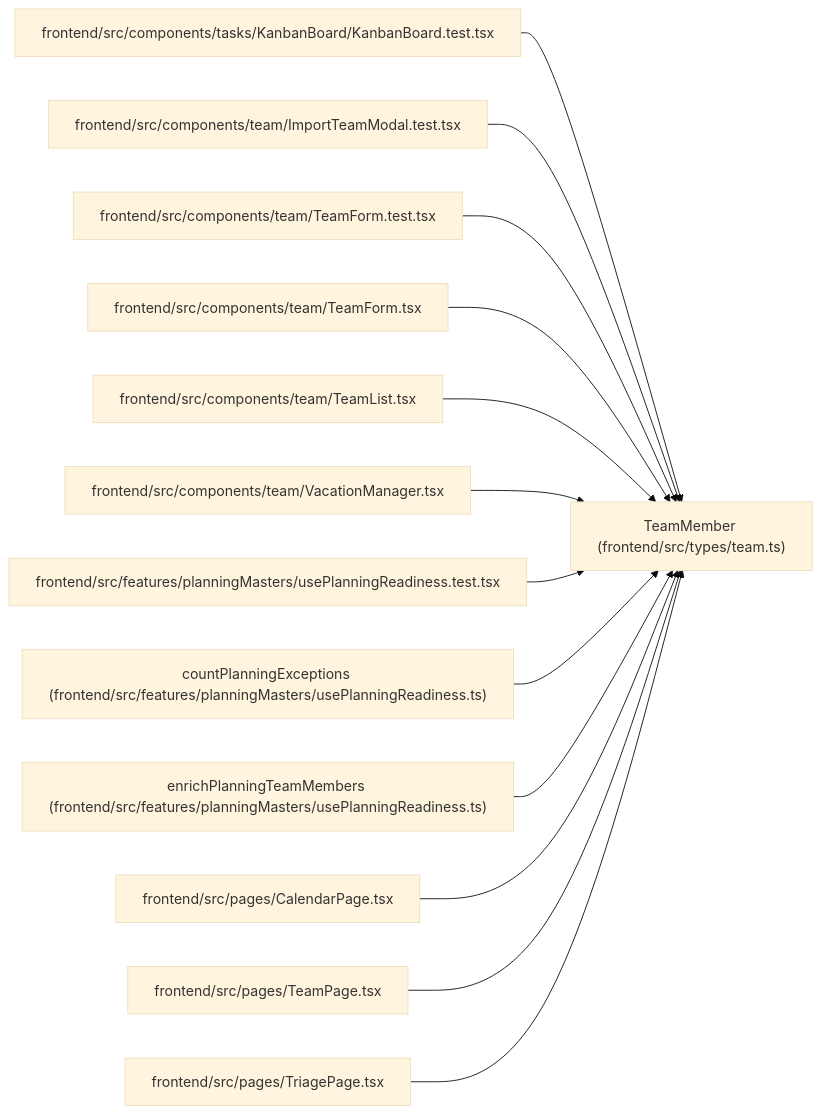
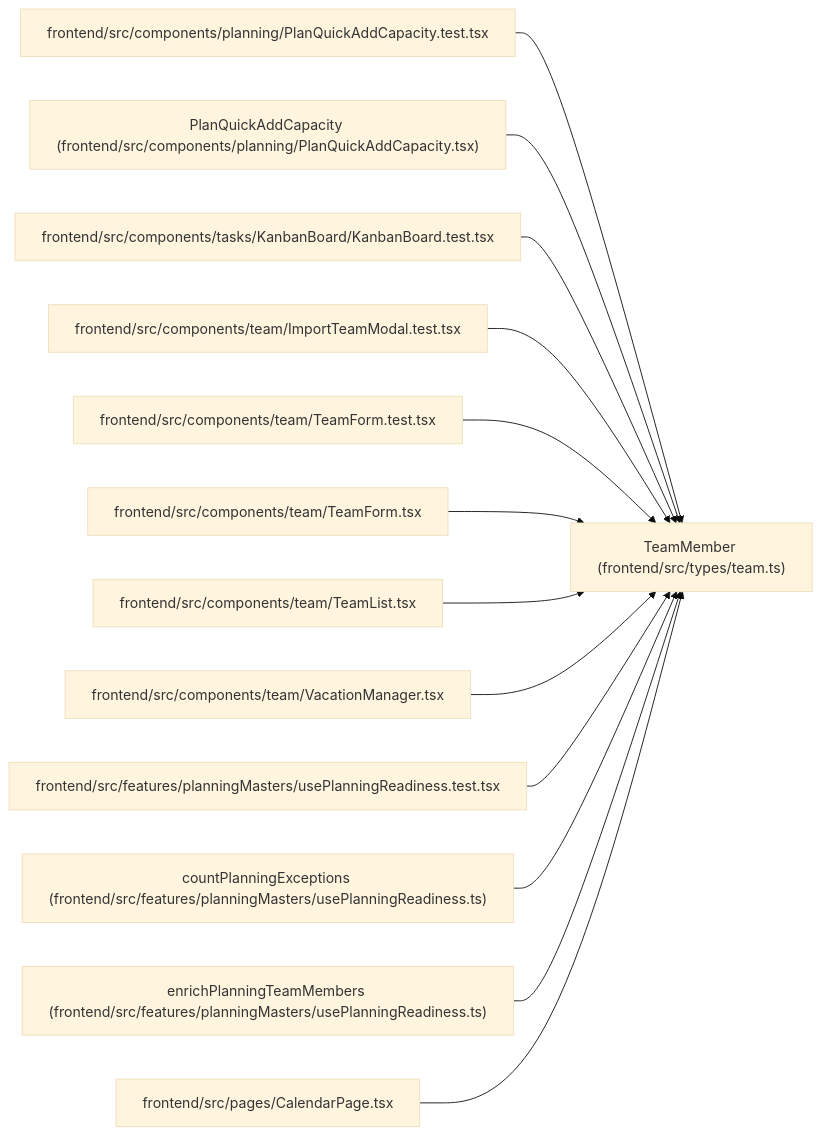
Before and after one commit to Denissvgn/WorkChord: the diagram in docs/llm_wiki/entities/types_team_TeamMember.md, drawn with Mermaid (base theme). The commit also changed other lines of this file and 854 other files, not shown here.

Commit message:
docs(wiki): refresh for the planning rule, capacity and Gantt input changes

````diff
--- a/docs/llm_wiki/entities/types_team_TeamMember.md
+++ b/docs/llm_wiki/entities/types_team_TeamMember.md
@@ -35,41 +35,41 @@
 ```mermaid
 flowchart LR
     n0["TeamMember (frontend/src/types/team.ts)"]
-    n1["frontend/src/components/tasks/KanbanBoard/KanbanBoard.test.tsx"]
-    n2["frontend/src/components/team/ImportTeamModal.test.tsx"]
-    n3["frontend/src/components/team/TeamForm.test.tsx"]
-    n4["frontend/src/components/team/TeamForm.tsx"]
-    n5["frontend/src/components/team/TeamList.tsx"]
-    n6["frontend/src/components/team/VacationManager.tsx"]
-    n7["frontend/src/features/planningMasters/usePlanningReadiness.test.tsx"]
-    n8["countPlanningExceptions (frontend/src/features/planningMasters/usePlanningReadiness.ts)"]
-    n9["enrichPlanningTeamMembers (frontend/src/features/planningMasters/usePlanningReadiness.ts)"]
-    n10["frontend/src/pages/CalendarPage.tsx"]
-    n11["frontend/src/pages/TeamPage.tsx"]
-    n12["frontend/src/pages/TriagePage.tsx"]
+    n1["frontend/src/components/planning/PlanQuickAddCapacity.test.tsx"]
+    n2["PlanQuickAddCapacity (frontend/src/components/planning/PlanQuickAddCapacity.tsx)"]
+    n3["frontend/src/components/tasks/KanbanBoard/KanbanBoard.test.tsx"]
+    n4["frontend/src/components/team/ImportTeamModal.test.tsx"]
+    n5["frontend/src/components/team/TeamForm.test.tsx"]
+    n6["frontend/src/components/team/TeamForm.tsx"]
+    n7["frontend/src/components/team/TeamList.tsx"]
+    n8["frontend/src/components/team/VacationManager.tsx"]
+    n9["frontend/src/features/planningMasters/usePlanningReadiness.test.tsx"]
+    n10["countPlanningExceptions (frontend/src/features/planningMasters/usePlanningReadiness.ts)"]
+    n11["enrichPlanningTeamMembers (frontend/src/features/planningMasters/usePlanningReadiness.ts)"]
+    n12["frontend/src/pages/CalendarPage.tsx"]
     n1 --> n0
     n2 --> n0
     n3 --> n0
     n4 --> n0
     n5 --> n0
     n6 --> n0
     n7 --> n0
     n8 --> n0
     n9 --> n0
     n10 --> n0
     n11 --> n0
     n12 --> n0
     click n0 "../modules/types_team.md"
-    click n1 "../modules/KanbanBoard.test.md"
-    click n2 "../modules/ImportTeamModal.test.md"
-    click n3 "../modules/TeamForm.test.md"
-    click n4 "../modules/TeamForm.md"
-    click n5 "../modules/TeamList.md"
-    click n6 "../modules/VacationManager.md"
-    click n7 "../modules/usePlanningReadiness.test.md"
-    click n8 "../modules/usePlanningReadiness.md"
-    click n9 "../modules/usePlanningReadiness.md"
-    click n10 "../modules/CalendarPage.md"
-    click n11 "../modules/TeamPage.md"
-    click n12 "../modules/TriagePage.md"
+    click n1 "../modules/PlanQuickAddCapacity.test.md"
+    click n2 "../modules/PlanQuickAddCapacity.md"
+    click n3 "../modules/KanbanBoard.test.md"
+    click n4 "../modules/ImportTeamModal.test.md"
+    click n5 "../modules/TeamForm.test.md"
+    click n6 "../modules/TeamForm.md"
+    click n7 "../modules/TeamList.md"
+    click n8 "../modules/VacationManager.md"
+    click n9 "../modules/usePlanningReadiness.test.md"
+    click n10 "../modules/usePlanningReadiness.md"
+    click n11 "../modules/usePlanningReadiness.md"
+    click n12 "../modules/CalendarPage.md"
 ```
````
